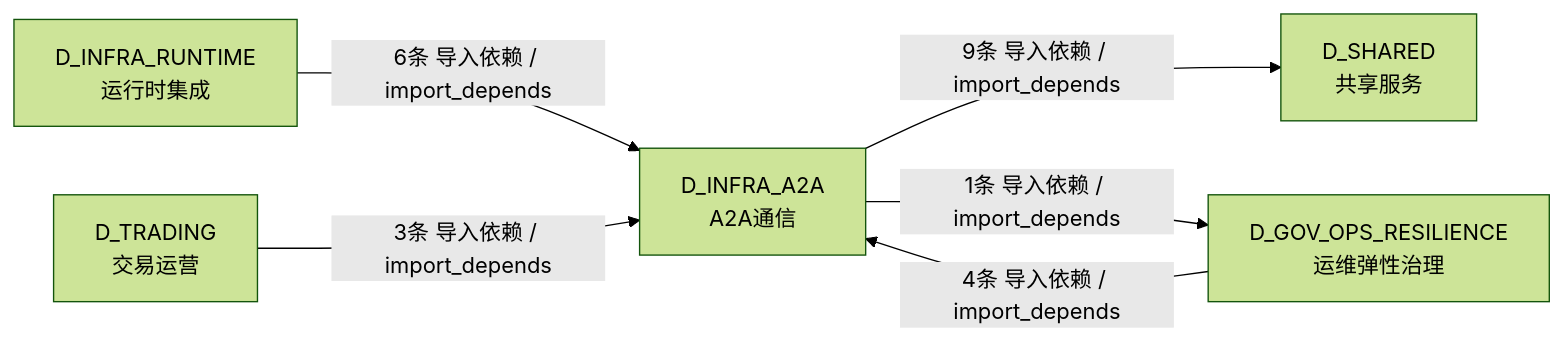
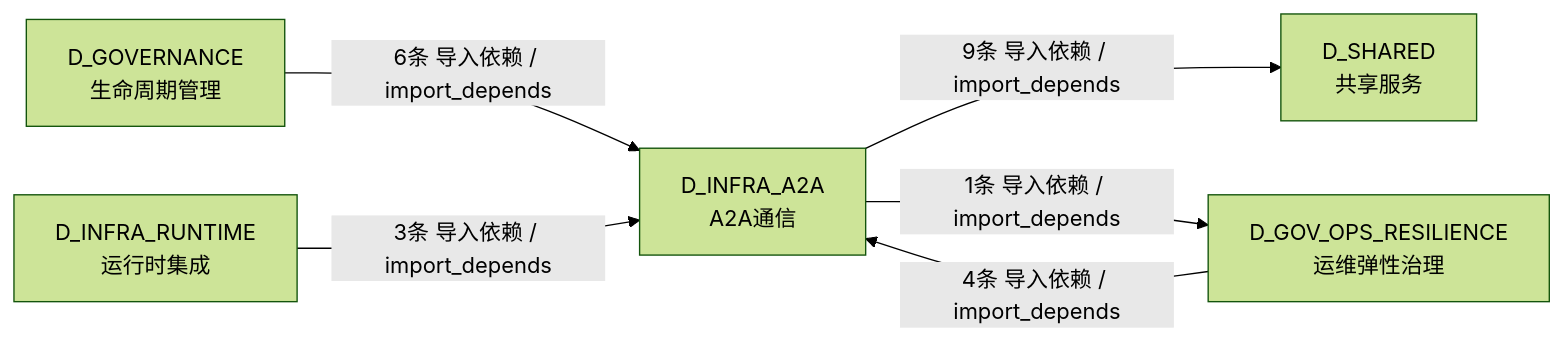
The fifth of 5 diagrams in docs/02_enterprise_architecture/02_domain_architecture_docs/03_d_infra_a2a.md (xuanFelixVan/ZephyrAlpha), drawn with Mermaid (forest theme) before and after one commit. The commit also changed other lines of this file and 79 other files, not shown here.

````diff
--- a/docs/02_enterprise_architecture/02_domain_architecture_docs/03_d_infra_a2a.md
+++ b/docs/02_enterprise_architecture/02_domain_architecture_docs/03_d_infra_a2a.md
@@ -493,13 +493,13 @@
 ```mermaid
 graph LR
     D_INFRA_A2A["D_INFRA_A2A<br/>A2A通信"]
     D_SHARED["D_SHARED<br/>共享服务"]
     D_GOV_OPS_RESILIENCE["D_GOV_OPS_RESILIENCE<br/>运维弹性治理"]
+    D_GOVERNANCE["D_GOVERNANCE<br/>生命周期管理"]
     D_INFRA_RUNTIME["D_INFRA_RUNTIME<br/>运行时集成"]
-    D_TRADING["D_TRADING<br/>交易运营"]
     D_INFRA_A2A -->|9条 导入依赖 / import_depends| D_SHARED
     D_INFRA_A2A -->|1条 导入依赖 / import_depends| D_GOV_OPS_RESILIENCE
-    D_INFRA_RUNTIME -->|6条 导入依赖 / import_depends| D_INFRA_A2A
+    D_GOVERNANCE -->|6条 导入依赖 / import_depends| D_INFRA_A2A
     D_GOV_OPS_RESILIENCE -->|4条 导入依赖 / import_depends| D_INFRA_A2A
-    D_TRADING -->|3条 导入依赖 / import_depends| D_INFRA_A2A
+    D_INFRA_RUNTIME -->|3条 导入依赖 / import_depends| D_INFRA_A2A
 ```
````
